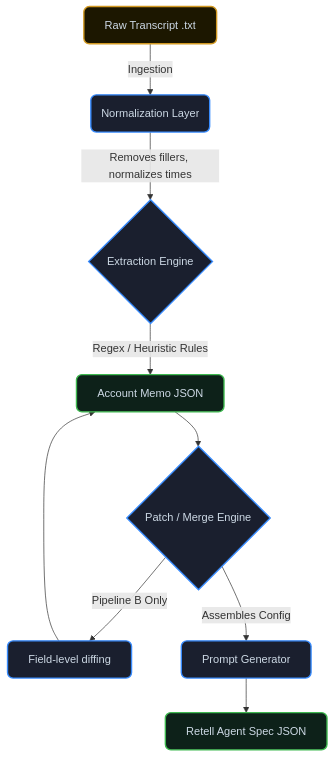
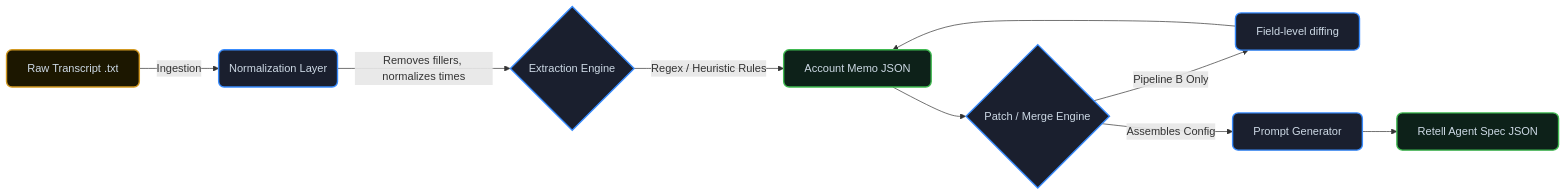
Before and after one commit to DSK2307/Zentrade_Assignment: the diagram in README.md, drawn with Mermaid.

Commit message:
Update Mermaid architecture flowchart to horizontal orientation (LR)

````diff
--- a/README.md
+++ b/README.md
@@ -34,22 +34,22 @@
 ```mermaid
-graph TD
+graph LR
     classDef default fill:#1a1f2e,stroke:#388bfd,stroke-width:2px,color:#cdd9e5,rx:8px,ry:8px
     classDef output fill:#0d2119,stroke:#3fb950,stroke-width:2px,color:#cdd9e5,rx:8px,ry:8px
     classDef input fill:#1c1700,stroke:#d29922,stroke-width:2px,color:#cdd9e5,rx:8px,ry:8px
 
     A[Raw Transcript .txt] -->|Ingestion| B(Normalization Layer)
     class A input
     
     B -->|Removes fillers, normalizes times| C{Extraction Engine}
     C -->|Regex / Heuristic Rules| D[Account Memo JSON]
     D --> E{Patch / Merge Engine}
     
     E -->|Pipeline B Only| F[Field-level diffing]
     F --> D
     
     E -->|Assembles Config| G[Prompt Generator]
     
     G --> H[Retell Agent Spec JSON]
     
     class D,H output
 ```
````
